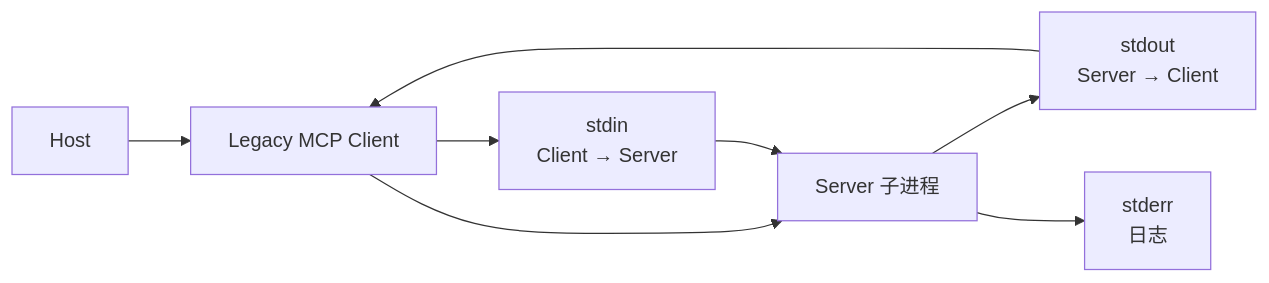
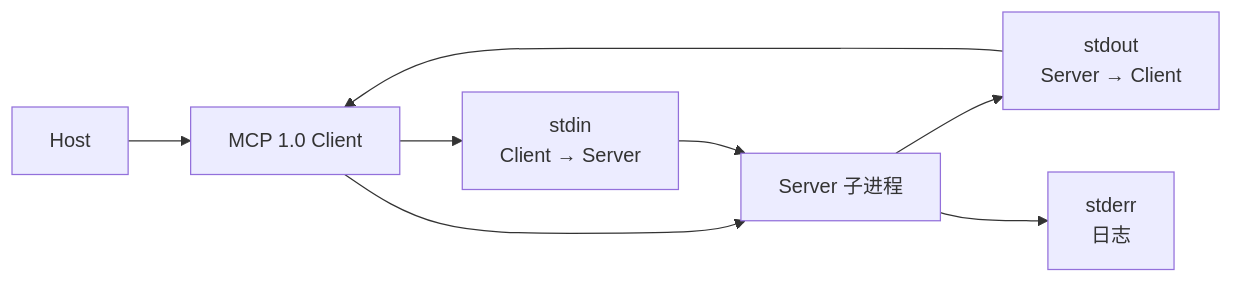
Diagram 13 of 27 in mcp-2.0/MCP_2_0_Research.md (caiboyang/ML-learning), drawn with Mermaid before and after one commit. The commit also changed other lines of this file and 2 other files, not shown here.

Commit message:
Address MCP guide audit feedback

````diff
--- a/mcp-2.0/MCP_2_0_Research.md
+++ b/mcp-2.0/MCP_2_0_Research.md
@@ -1173,14 +1279,14 @@
 ```mermaid
 flowchart LR
     H["Host"]
-    C["Legacy MCP Client"]
+    C["MCP 1.0 Client"]
     P["Server 子进程"]
     IN["stdin<br/>Client → Server"]
     OUT["stdout<br/>Server → Client"]
     ERR["stderr<br/>日志"]
     H --> C
     C --> P
     C --> IN --> P
     P --> OUT --> C
     P --> ERR
 ```
````
